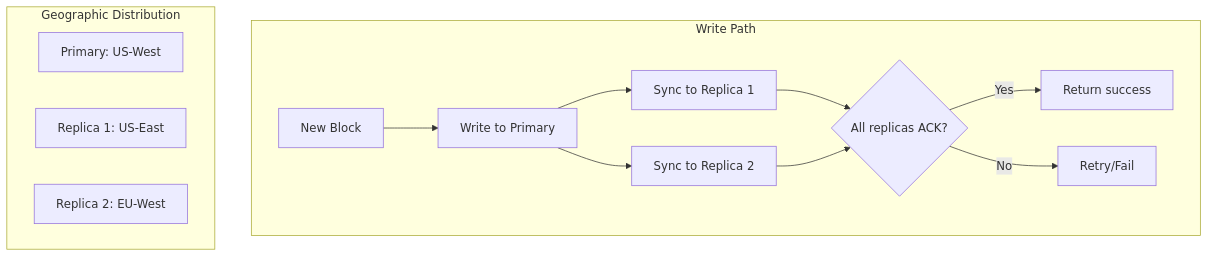
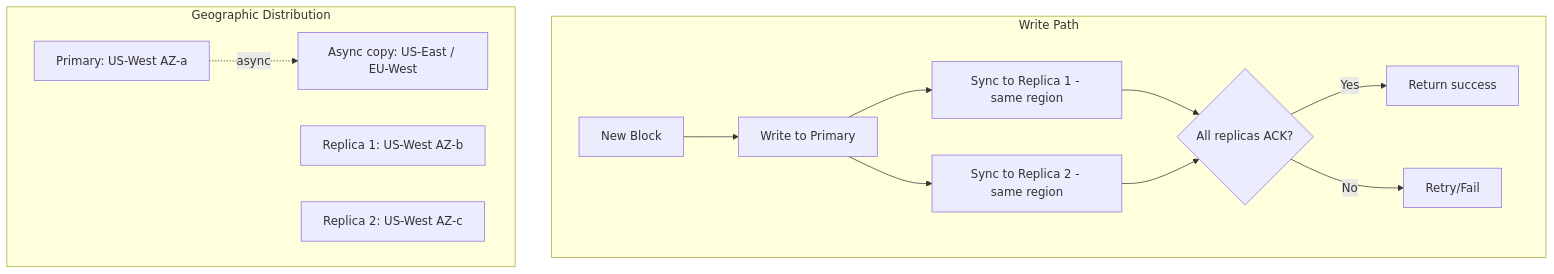
One commit to phuongdinh1411/cses-analyses changed diagram 15 of 19 in system_design/design-google-drive.md. Above: the diagram before and after it, drawn with Mermaid. The commit also changed other lines of this file and 24 other files, not shown here.

````diff
--- a/system_design/design-google-drive.md
+++ b/system_design/design-google-drive.md
@@ -830,18 +832,20 @@
 ```mermaid
 flowchart TB
     subgraph Write["Write Path"]
         BLOCK[New Block] --> W1[Write to Primary]
-        W1 --> W2[Sync to Replica 1]
-        W1 --> W3[Sync to Replica 2]
+        W1 --> W2[Sync to Replica 1 - same region]
+        W1 --> W3[Sync to Replica 2 - same region]
         W2 --> ACK{All replicas ACK?}
         W3 --> ACK
         ACK -->|Yes| SUCCESS[Return success]
         ACK -->|No| RETRY[Retry/Fail]
     end
 
     subgraph Distribution["Geographic Distribution"]
-        PRIMARY[Primary: US-West]
-        REP1[Replica 1: US-East]
-        REP2[Replica 2: EU-West]
+        PRIMARY[Primary: US-West AZ-a]
+        REP1[Replica 1: US-West AZ-b]
+        REP2[Replica 2: US-West AZ-c]
+        XREG[Async copy: US-East / EU-West]
+        PRIMARY -.->|async| XREG
     end
 ```
````
